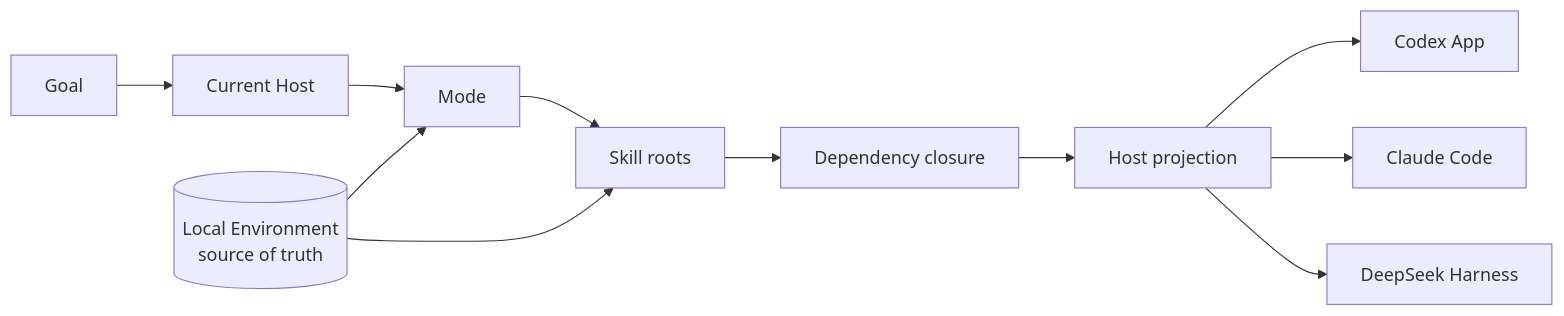
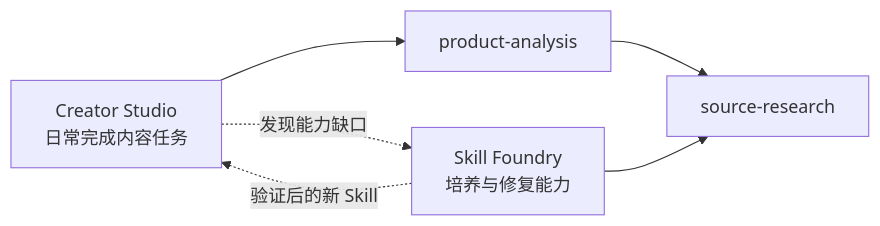
Before and after one commit to qihangzhang-272/asl-harness: the diagram in README.md, drawn with Mermaid. The commit also changed other lines of this file, not shown here.

Commit message:
2026-08-30 10:00｜重写 Mode 叙事并简化个人接入说明

````diff
--- a/README.md
+++ b/README.md
@@ -123,15 +97,10 @@
 ```mermaid
 flowchart LR
-    G["Goal"] --> H["Current Host"]
-    H --> M["Mode"]
-    M --> R["Skill roots"]
-    R --> D["Dependency closure"]
-    D --> P["Host projection"]
+    C["Creator Studio\n日常完成内容任务"] --> P["product-analysis"]
+    P --> R["source-research"]
 
-    P --> C["Codex App"]
-    P --> L["Claude Code"]
-    P --> S["DeepSeek Harness"]
+    F["Skill Foundry\n培养与修复能力"] --> R
 
-    E[("Local Environment\nsource of truth")] --> M
-    E --> R
+    C -. "发现能力缺口" .-> F
+    F -. "验证后的新 Skill" .-> C
 ```
````
